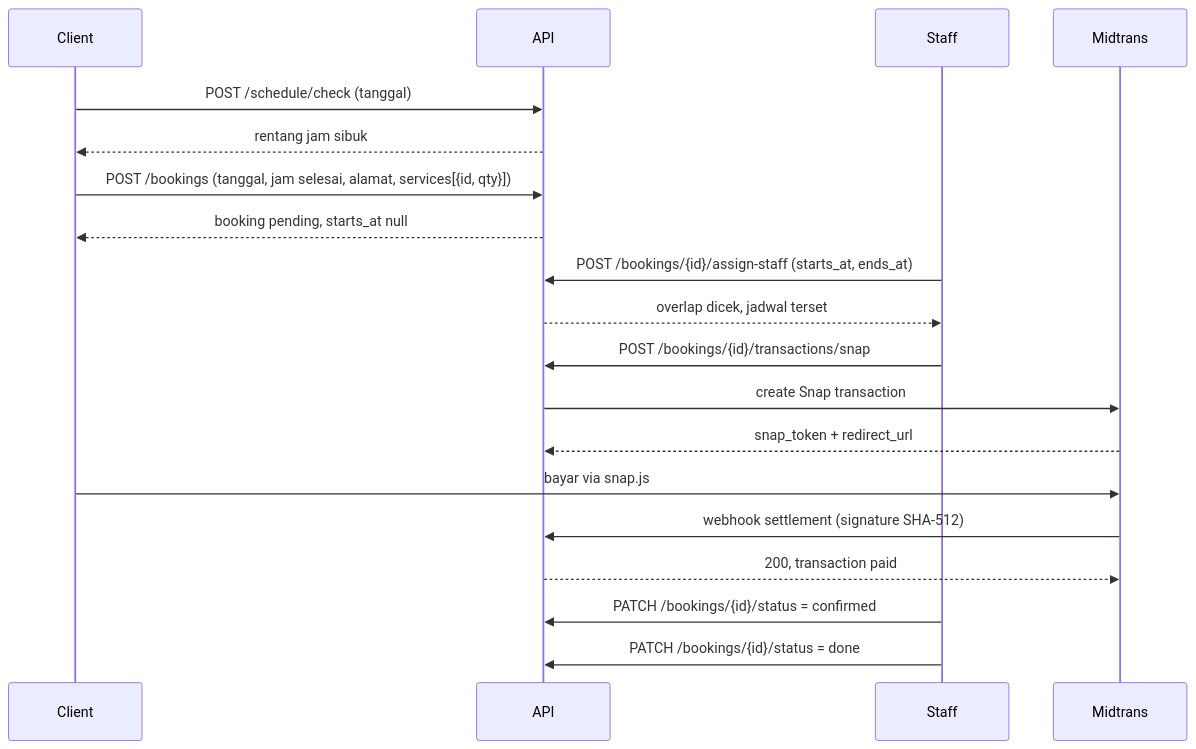
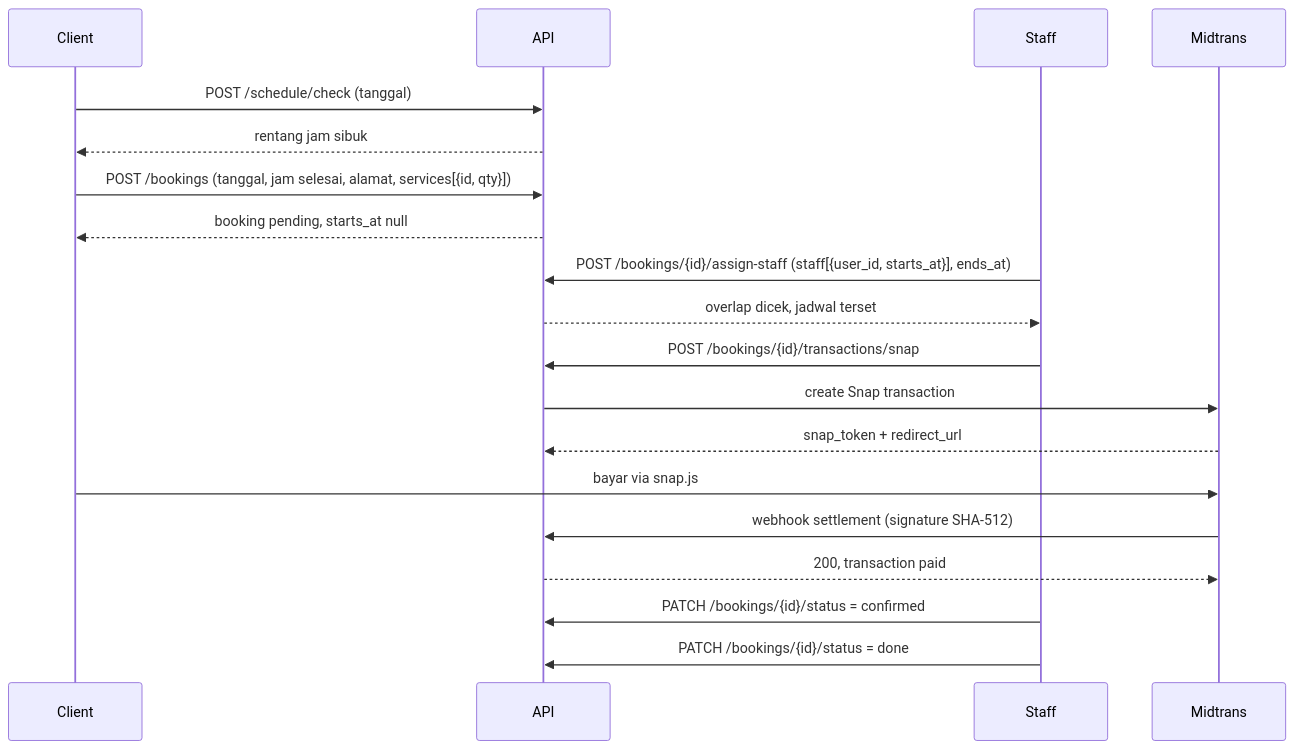
The diagram in README.md (AzerothGT/SimpleBookingMUA), drawn with Mermaid before and after one commit. The commit also changed other lines of this file and 26 other files, not shown here.

````diff
--- a/README.md
+++ b/README.md
@@ -178,22 +181,22 @@
 ```mermaid
 sequenceDiagram
     participant C as Client
     participant A as API
     participant S as Staff
     participant M as Midtrans
 
     C->>A: POST /schedule/check (tanggal)
     A-->>C: rentang jam sibuk
     C->>A: POST /bookings (tanggal, jam selesai, alamat, services[{id, qty}])
     A-->>C: booking pending, starts_at null
-    S->>A: POST /bookings/{id}/assign-staff (starts_at, ends_at)
+    S->>A: POST /bookings/{id}/assign-staff (staff[{user_id, starts_at}], ends_at)
     A-->>S: overlap dicek, jadwal terset
     S->>A: POST /bookings/{id}/transactions/snap
     A->>M: create Snap transaction
     M-->>A: snap_token + redirect_url
     C->>M: bayar via snap.js
     M->>A: webhook settlement (signature SHA-512)
     A-->>M: 200, transaction paid
     S->>A: PATCH /bookings/{id}/status = confirmed
     S->>A: PATCH /bookings/{id}/status = done
 ```
````
